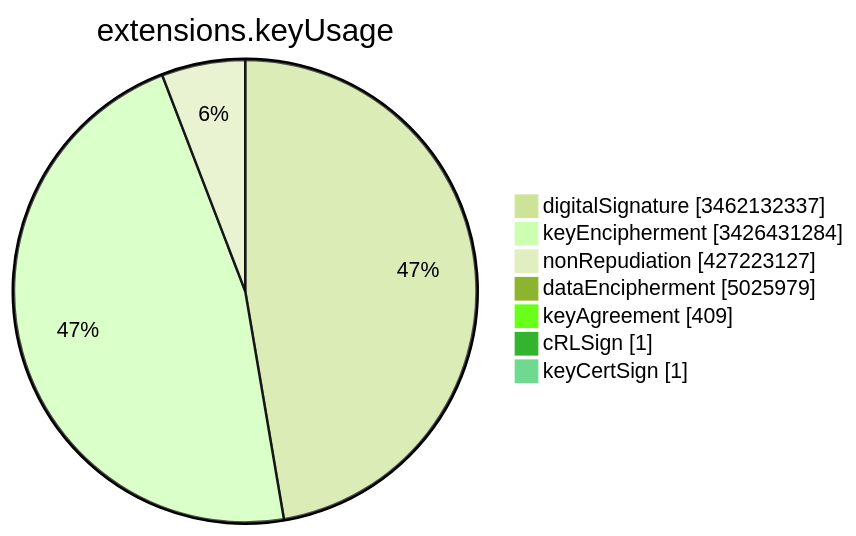
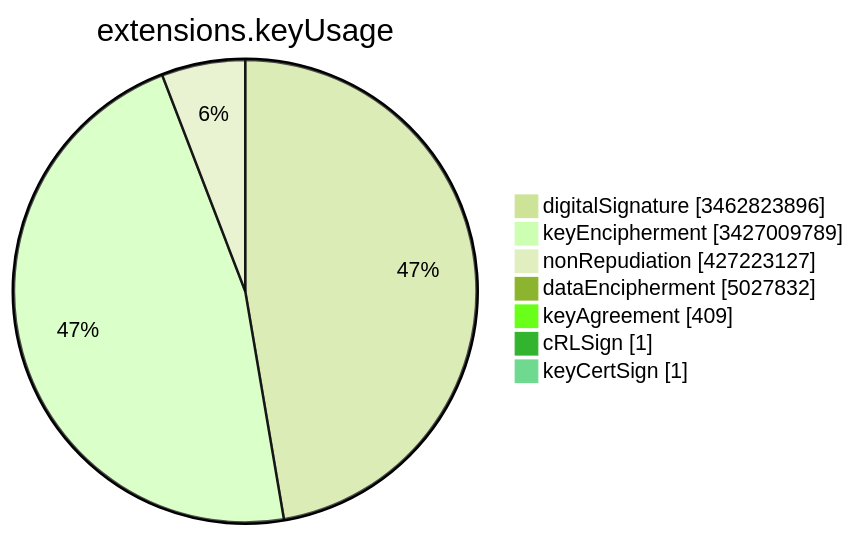
Before and after one commit to christiankrug/ctmonitor_visualization: the sixth of 15 diagrams in TOTAL/README.md, drawn with Mermaid (forest theme). The commit also changed other lines of this file, not shown here.

````diff
--- a/TOTAL/README.md
+++ b/TOTAL/README.md
@@ -3082,11 +3082,11 @@
 ```mermaid
 pie showData
 title extensions.keyUsage
-"digitalSignature" :3462132337
-"keyEncipherment" :3426431284
+"digitalSignature" :3462823896
+"keyEncipherment" :3427009789
 "nonRepudiation" :427223127
-"dataEncipherment" :5025979
+"dataEncipherment" :5027832
 "keyAgreement" :409
 "cRLSign" :1
 "keyCertSign" :1
 ```
````
